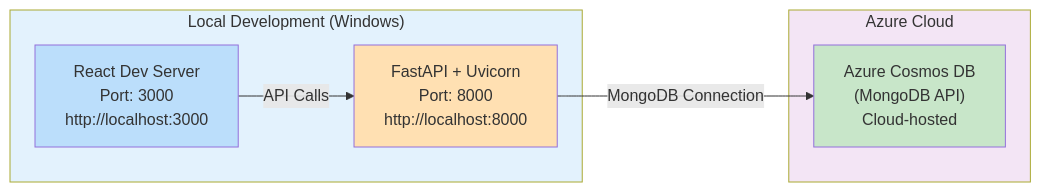
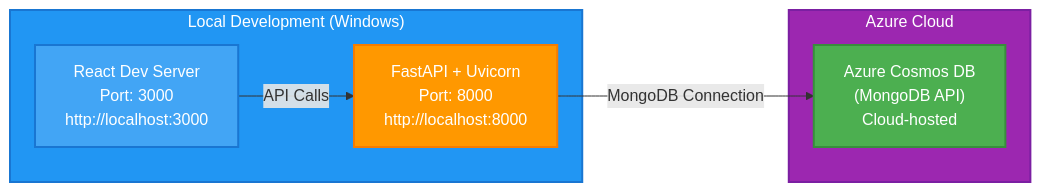
Before and after one commit to sergey1tovstogan/bsg-demo-platform: the second of 3 diagrams in docs/ARCHITECTURE.md, drawn with Mermaid. The commit also changed other lines of this file, not shown here.

Commit message:
docs: Update Mermaid diagram colors to be more visible with darker, high-contrast colors

````diff
--- a/docs/ARCHITECTURE.md
+++ b/docs/ARCHITECTURE.md
@@ -237,20 +237,20 @@
 ```mermaid
 graph LR
     subgraph Local["Local Development (Windows)"]
         DevFrontend["React Dev Server<br/>Port: 3000<br/>http://localhost:3000"]
         DevBackend["FastAPI + Uvicorn<br/>Port: 8000<br/>http://localhost:8000"]
     end
     
     subgraph Cloud["Azure Cloud"]
         CloudDB["Azure Cosmos DB<br/>(MongoDB API)<br/>Cloud-hosted"]
     end
     
     DevFrontend -->|API Calls| DevBackend
     DevBackend -->|MongoDB Connection| CloudDB
     
-    style Local fill:#e3f2fd
-    style Cloud fill:#f3e5f5
-    style DevFrontend fill:#bbdefb
-    style DevBackend fill:#ffe0b2
-    style CloudDB fill:#c8e6c9
+    style Local fill:#2196F3,stroke:#1976D2,stroke-width:2px,color:#fff
+    style Cloud fill:#9C27B0,stroke:#7B1FA2,stroke-width:2px,color:#fff
+    style DevFrontend fill:#42A5F5,stroke:#1976D2,stroke-width:2px,color:#fff
+    style DevBackend fill:#FF9800,stroke:#F57C00,stroke-width:2px,color:#fff
+    style CloudDB fill:#4CAF50,stroke:#388E3C,stroke-width:2px,color:#fff
 ```
````
